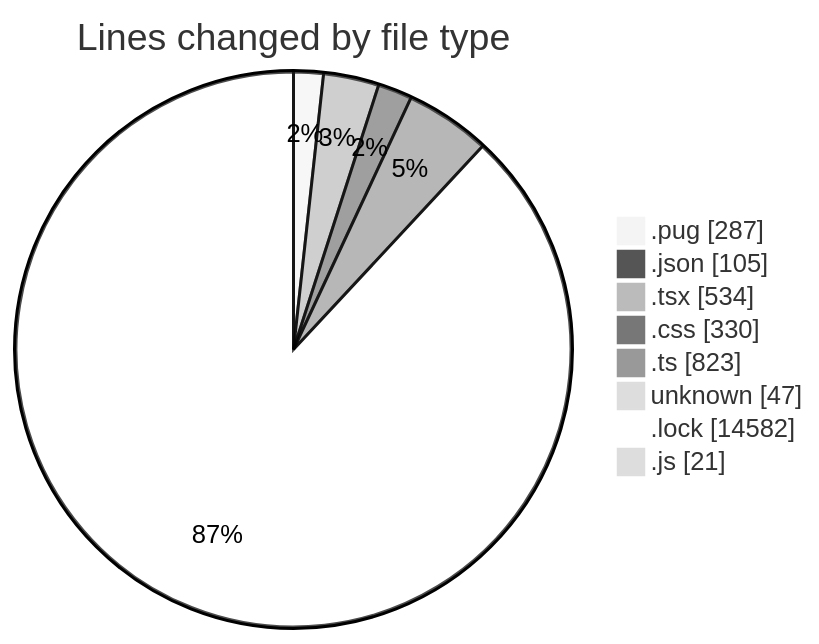
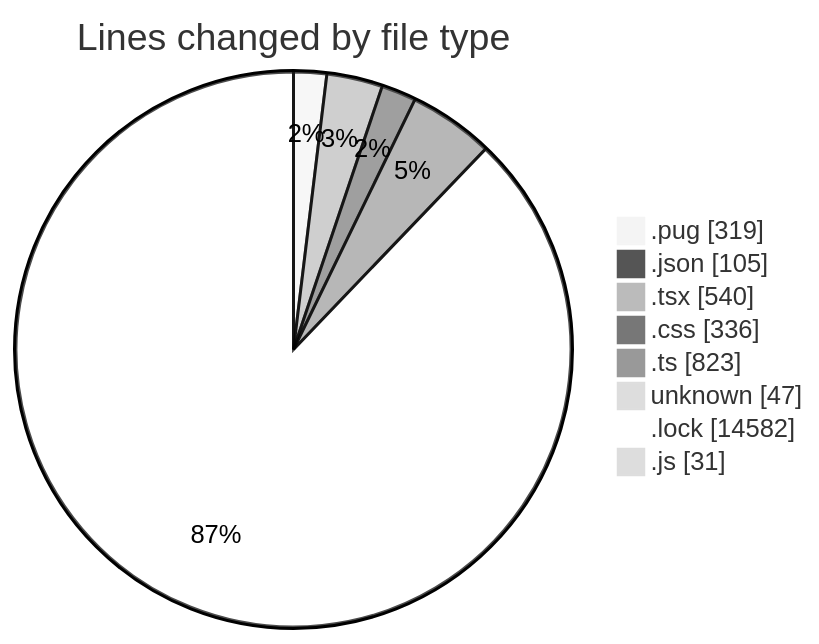
Before and after one commit to momahboobian/code-tracking: the first of 2 diagrams in 2025-11-04/cda/README.md, drawn with Mermaid (neutral theme). The commit also changed other lines of this file and 1 other file, not shown here.

````diff
--- a/2025-11-04/cda/README.md
+++ b/2025-11-04/cda/README.md
@@ -33,12 +33,12 @@
 ```mermaid
 pie showData
 title Lines changed by file type
-".pug" : 287
+".pug" : 319
 ".json" : 105
-".tsx" : 534
-".css" : 330
+".tsx" : 540
+".css" : 336
 ".ts" : 823
 "unknown" : 47
 ".lock" : 14582
-".js" : 21
+".js" : 31
 ```
````
